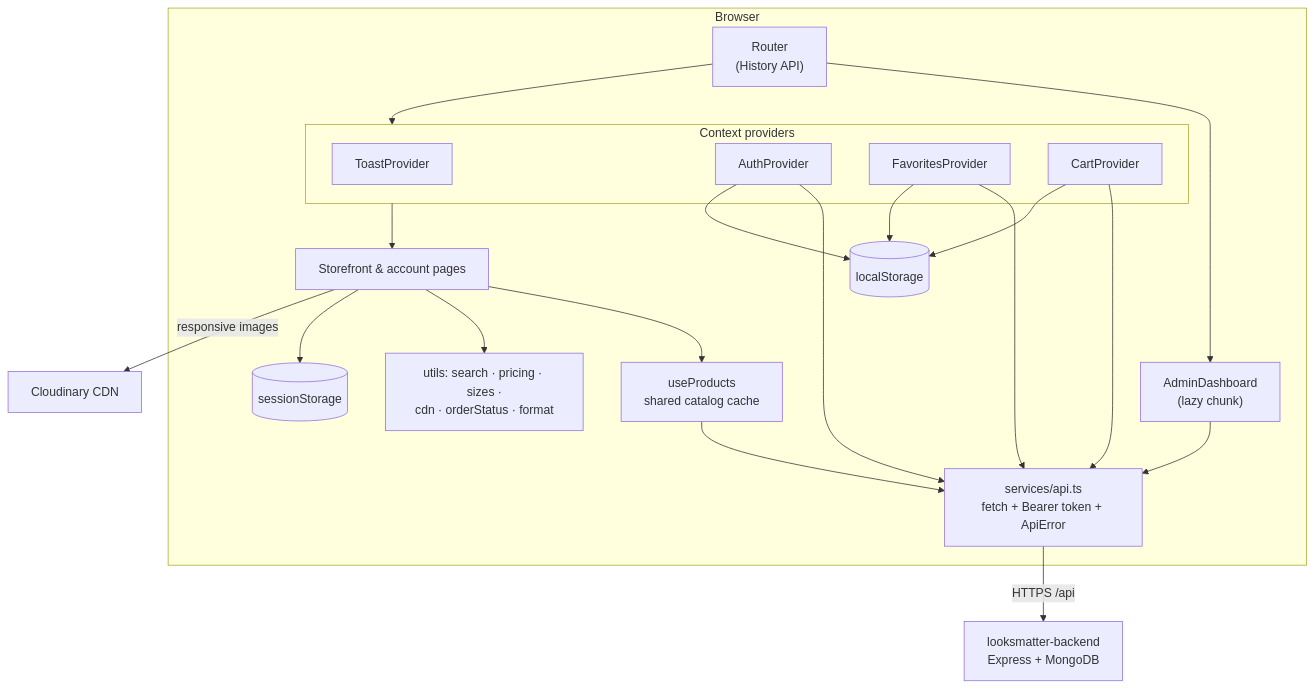
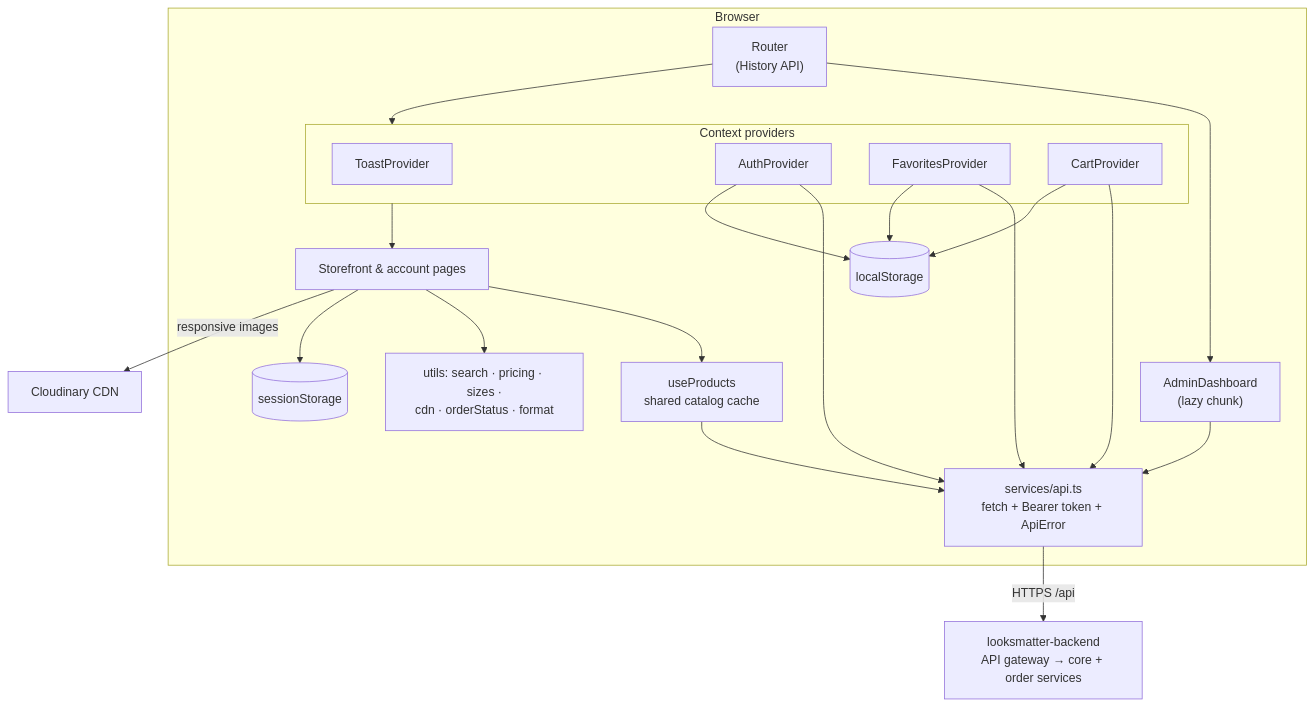
The first of 6 diagrams in README.md (abuiron/looksmatter_ui), drawn with Mermaid before and after one commit. The commit also changed other lines of this file, not shown here.

Commit message:
microservices update check in the reame

````diff
--- a/README.md
+++ b/README.md
@@ -104,33 +104,33 @@
 ```mermaid
 flowchart TD
     subgraph Browser
         ROUTER["Router<br/>(History API)"]
         subgraph Providers["Context providers"]
             TOAST[ToastProvider]
             AUTH[AuthProvider]
             FAV[FavoritesProvider]
             CART[CartProvider]
         end
         PAGES["Storefront & account pages"]
         ADMIN["AdminDashboard<br/>(lazy chunk)"]
         CACHE["useProducts<br/>shared catalog cache"]
         UTILS["utils: search · pricing · sizes ·<br/>cdn · orderStatus · format"]
         APIS["services/api.ts<br/>fetch + Bearer token + ApiError"]
         LS[(localStorage)]
         SS[(sessionStorage)]
     end
 
-    BE["looksmatter-backend<br/>Express + MongoDB"]
+    BE["looksmatter-backend<br/>API gateway → core + order services"]
     CDN[Cloudinary CDN]
 
     ROUTER --> Providers --> PAGES
     ROUTER --> ADMIN
     PAGES --> CACHE --> APIS
     PAGES --> UTILS
     AUTH & FAV & CART --> APIS
     AUTH & FAV & CART --> LS
     PAGES --> SS
     ADMIN --> APIS
     APIS -- "HTTPS /api" --> BE
     PAGES -- "responsive images" --> CDN
 ```
````
